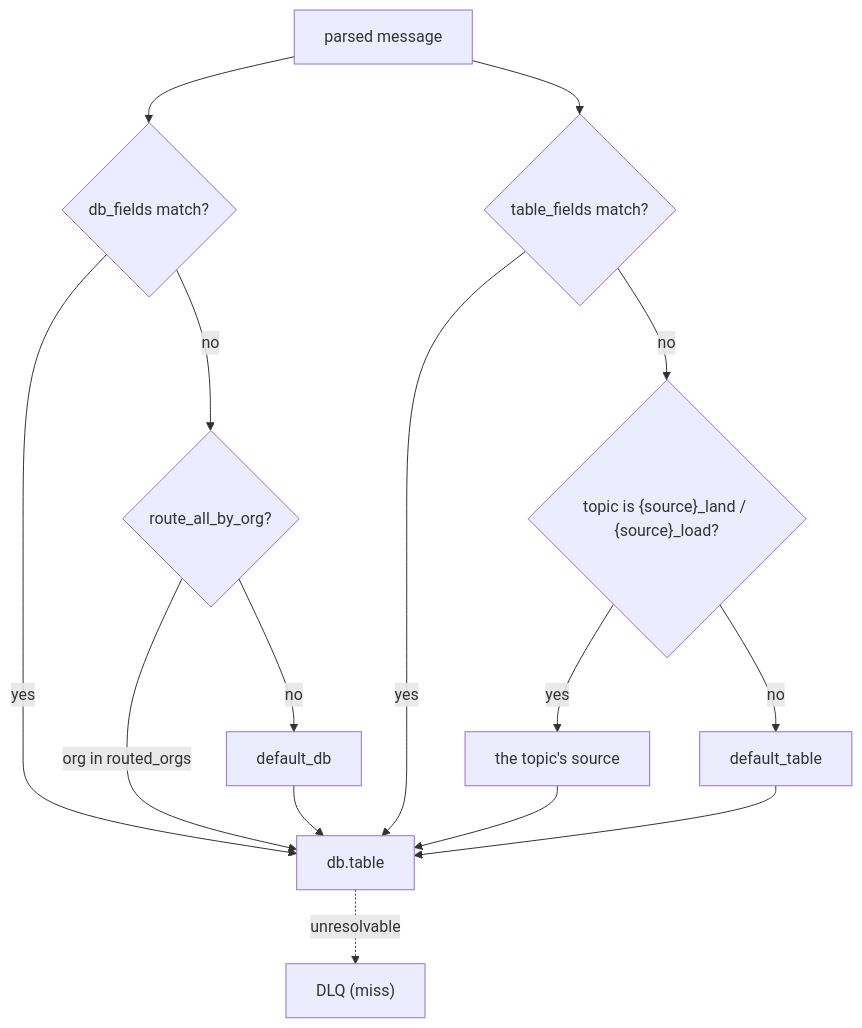
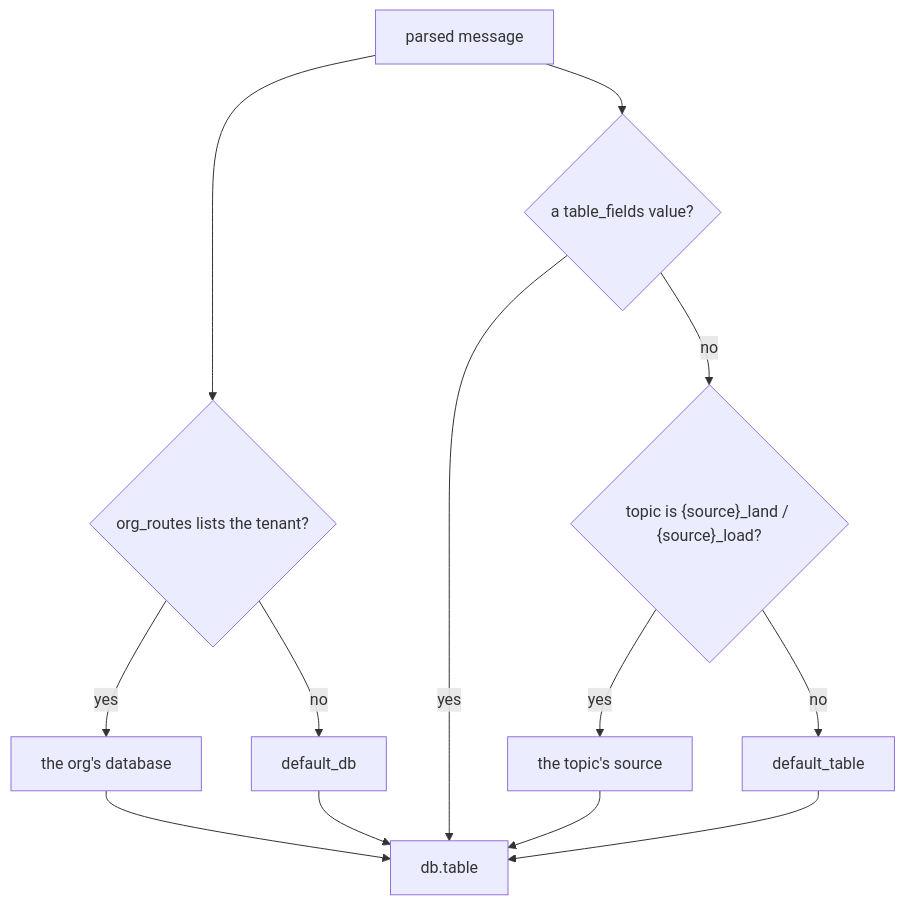
The diagram in docs/pipeline/ROUTING.md (hyperi-io/dfe-loader), drawn with Mermaid before and after one commit. The commit also changed other lines of this file and 48 other files, not shown here.

First line of the commit message:
fix: read the tenant from _org_id alone (#268)

````diff
--- a/docs/pipeline/ROUTING.md
+++ b/docs/pipeline/ROUTING.md
@@ -17,25 +15,21 @@
 ```mermaid
 flowchart TB
     MSG["parsed message"]
-    DBF{"db_fields match?"}
-    TBF{"table_fields match?"}
+    ORG{"org_routes lists the tenant?"}
+    TBF{"a table_fields value?"}
     TOPIC{"topic is {source}_land / {source}_load?"}
-    ORG{"route_all_by_org?"}
     DEFDB["default_db"]
+    ORGDB["the org's database"]
     DEFTBL["default_table"]
     SRC["the topic's source"]
     OUT["db.table"]
-    DLQ["DLQ (miss)"]
 
-    MSG --> DBF
-    DBF -->|yes| OUT
-    DBF -->|no| ORG
-    ORG -->|org in routed_orgs| OUT
+    MSG --> ORG
+    ORG -->|yes| ORGDB --> OUT
     ORG -->|no| DEFDB --> OUT
     MSG --> TBF
     TBF -->|yes| OUT
     TBF -->|no| TOPIC
     TOPIC -->|yes| SRC --> OUT
     TOPIC -->|no| DEFTBL --> OUT
-    OUT -.unresolvable.-> DLQ
 ```
````
